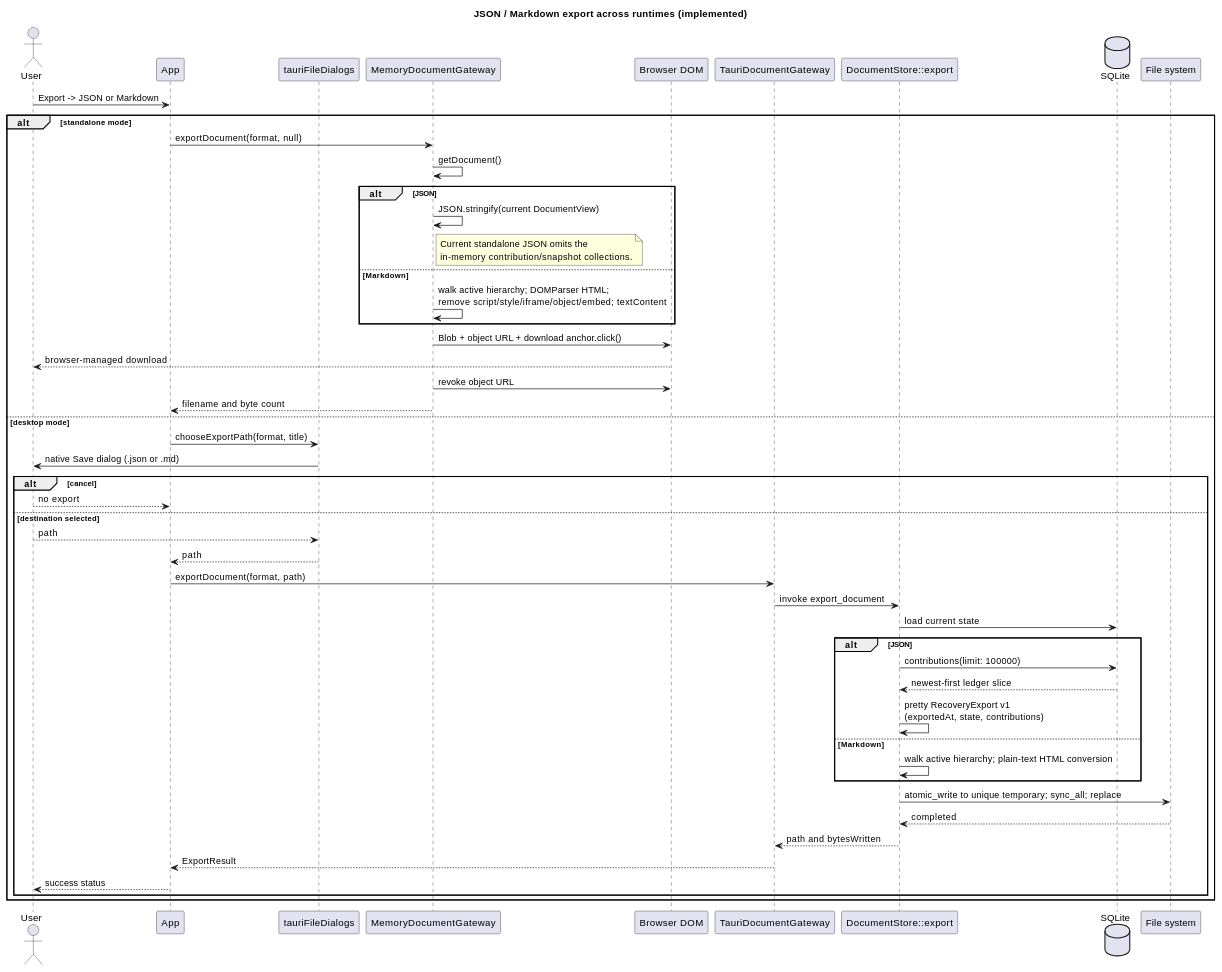
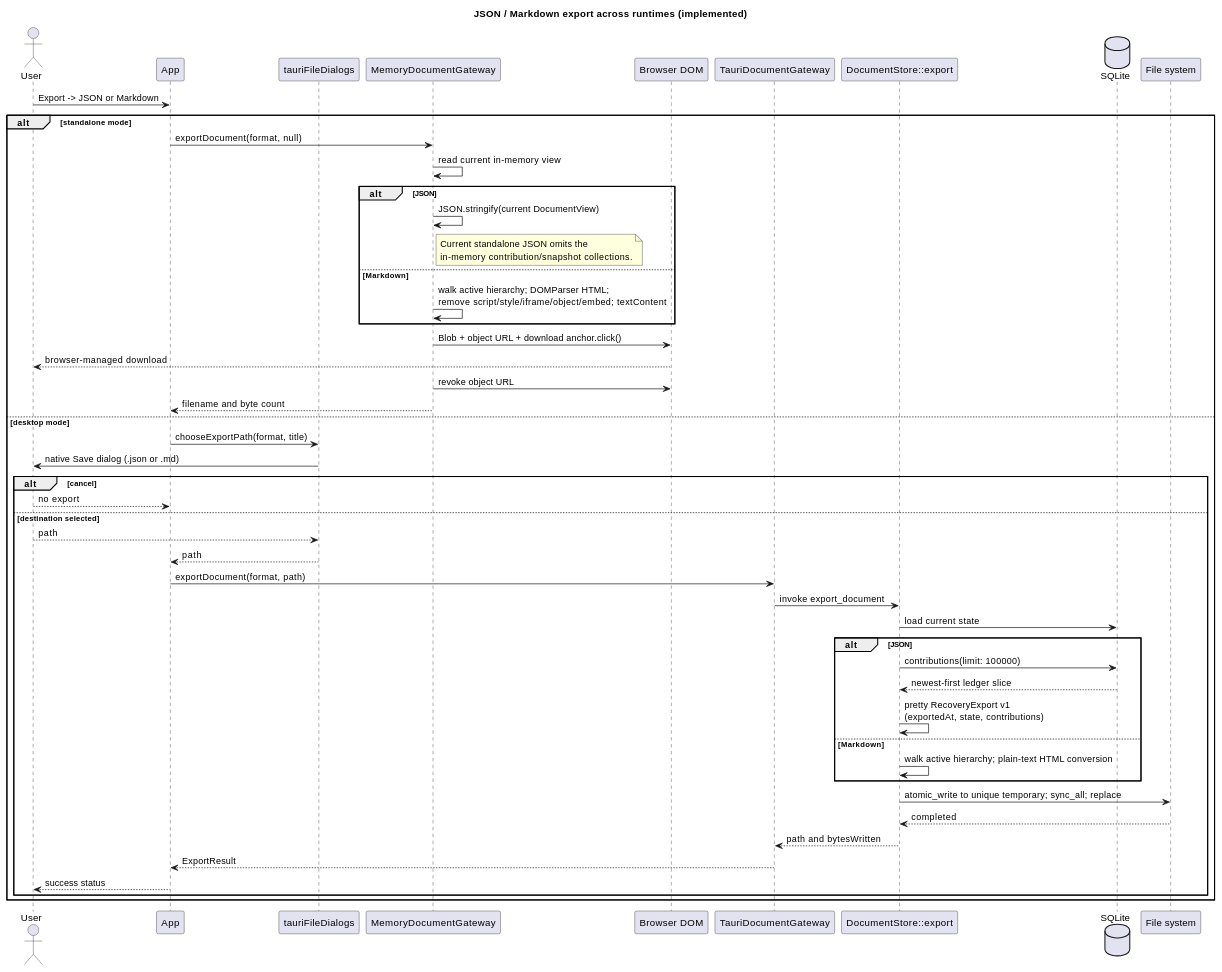
The ninth of 14 diagrams in docs/SEQUENCE_DIAGRAMS.md (benoit-gl/coedit), drawn with PlantUML before and after one commit. The commit also changed 18 other files, not shown here.

````diff
--- a/docs/SEQUENCE_DIAGRAMS.md
+++ b/docs/SEQUENCE_DIAGRAMS.md
@@ -457,58 +457,58 @@
 ```plantuml
 @startuml
 title JSON / Markdown export across runtimes (implemented)
 actor User
 participant "App" as App
 participant "tauriFileDialogs" as Dialogs
 participant "MemoryDocumentGateway" as Memory
 participant "Browser DOM" as Browser
 participant "TauriDocumentGateway" as Tauri
 participant "DocumentStore::export" as Store
 database "SQLite" as SQLite
 participant "File system" as FS
 
 User -> App : Export -> JSON or Markdown
 
 alt standalone mode
   App -> Memory : exportDocument(format, null)
-  Memory -> Memory : getDocument()
+  Memory -> Memory : read current in-memory view
   alt JSON
     Memory -> Memory : JSON.stringify(current DocumentView)
     note right of Memory
       Current standalone JSON omits the
       in-memory contribution/snapshot collections.
     end note
   else Markdown
     Memory -> Memory : walk active hierarchy; DOMParser HTML;\nremove script/style/iframe/object/embed; textContent
   end
   Memory -> Browser : Blob + object URL + download anchor.click()
   Browser --> User : browser-managed download
   Memory -> Browser : revoke object URL
   Memory --> App : filename and byte count
 else desktop mode
   App -> Dialogs : chooseExportPath(format, title)
   Dialogs -> User : native Save dialog (.json or .md)
   alt cancel
     User --> App : no export
   else destination selected
     User --> Dialogs : path
     Dialogs --> App : path
     App -> Tauri : exportDocument(format, path)
     Tauri -> Store : invoke export_document
     Store -> SQLite : load current state
     alt JSON
       Store -> SQLite : contributions(limit: 100000)
       SQLite --> Store : newest-first ledger slice
       Store -> Store : pretty RecoveryExport v1\n(exportedAt, state, contributions)
     else Markdown
       Store -> Store : walk active hierarchy; plain-text HTML conversion
     end
     Store -> FS : atomic_write to unique temporary; sync_all; replace
     FS --> Store : completed
     Store --> Tauri : path and bytesWritten
     Tauri --> App : ExportResult
     App --> User : success status
   end
 end
 @enduml
 ```
````
